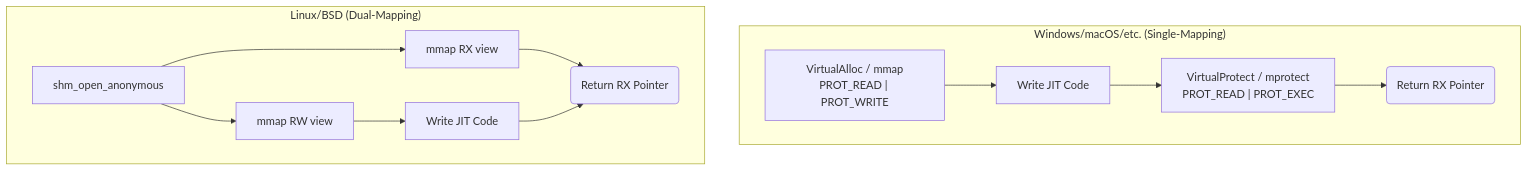
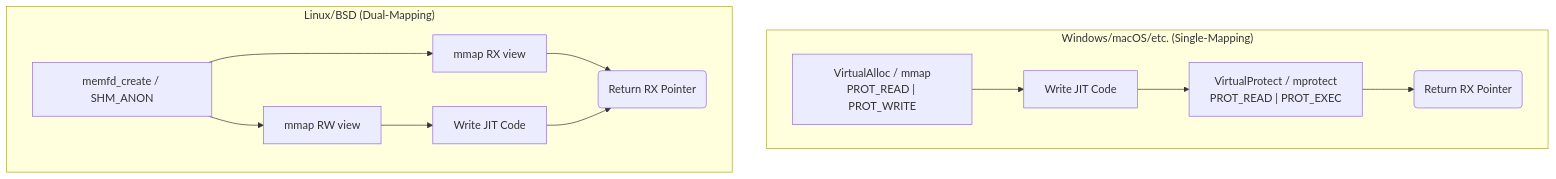
The third of 3 diagrams in docs/internals.md (sanko/infix), drawn with Mermaid before and after one commit. The commit also changed other lines of this file and 1 other file, not shown here.

````diff
--- a/docs/internals.md
+++ b/docs/internals.md
@@ -161,15 +166,15 @@
 ```mermaid
 graph TD
     subgraph "Windows/macOS/etc. (Single-Mapping)"
         A["VirtualAlloc / mmap<br>PROT_READ | PROT_WRITE"] --> B[Write JIT Code];
         B --> C["VirtualProtect / mprotect<br>PROT_READ | PROT_EXEC"];
         C --> D(Return RX Pointer);
     end
     subgraph "Linux/BSD (Dual-Mapping)"
-        E[shm_open_anonymous] --> F[mmap RW view];
+        E[memfd_create / SHM_ANON] --> F[mmap RW view];
         E --> G[mmap RX view];
         F --> H[Write JIT Code];
         G --> I(Return RX Pointer);
         H --> I;
     end
 ```
````
